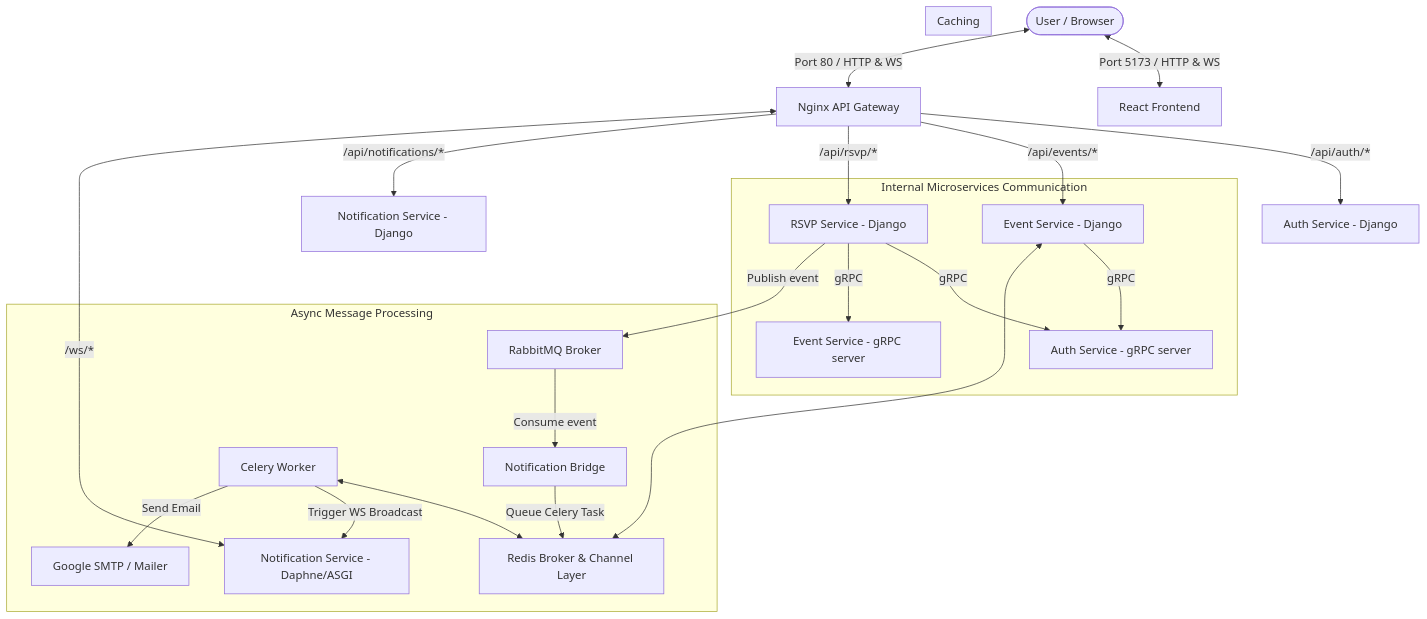
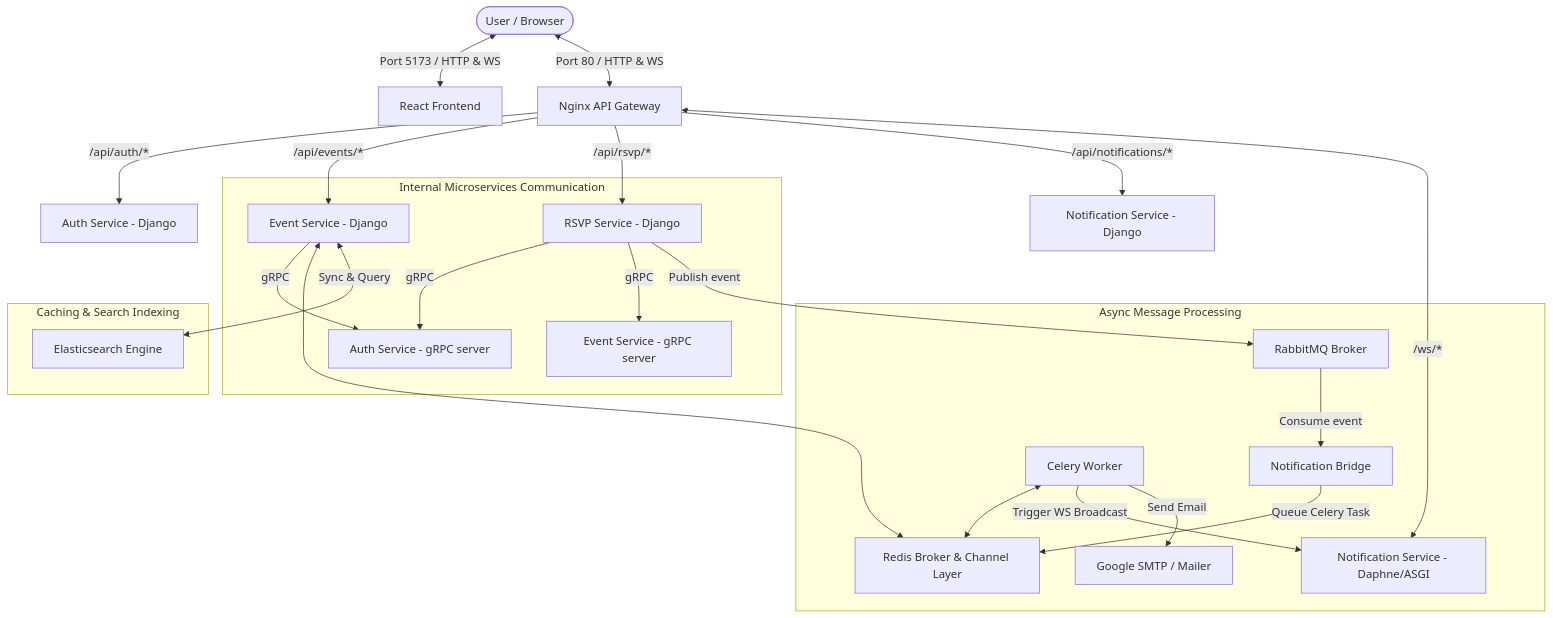
Before and after one commit to shaad4/metup-microservice: the diagram in README.md, drawn with Mermaid. The commit also changed other lines of this file and 1 other file, not shown here.

Commit message:
feat(docker-compose): add Elasticsearch service and update event service configuration for search functionality

````diff
--- a/README.md
+++ b/README.md
@@ -19,30 +19,31 @@
 ```mermaid
 graph TD
     User([User / Browser]) <-->|Port 5173 / HTTP & WS| Frontend[React Frontend]
     User <-->|Port 80 / HTTP & WS| Nginx[Nginx API Gateway]
 
     Nginx -->|/api/auth/*| AuthDjango[Auth Service - Django]
     Nginx -->|/api/events/*| EventDjango[Event Service - Django]
     Nginx -->|/api/rsvp/*| RSVPService[RSVP Service - Django]
     Nginx -->|/api/notifications/*| NotifDjango[Notification Service - Django]
     Nginx <-->|/ws/*| NotifASGI[Notification Service - Daphne/ASGI]
 
     subgraph Internal Microservices Communication
         EventDjango -->|gRPC| AuthGRPC[Auth Service - gRPC server]
         RSVPService -->|gRPC| AuthGRPC
         RSVPService -->|gRPC| EventGRPC[Event Service - gRPC server]
     end
 
     subgraph Async Message Processing
         RSVPService -->|Publish event| RabbitMQ[RabbitMQ Broker]
         RabbitMQ -->|Consume event| NotifBridge[Notification Bridge]
         NotifBridge -->|Queue Celery Task| Redis[Redis Broker & Channel Layer]
         NotifCelery[Celery Worker] <--> Redis
         NotifCelery -->|Trigger WS Broadcast| NotifASGI
         NotifCelery -->|Send Email| Gmail[Google SMTP / Mailer]
     end
 
-    subgraph Caching
+    subgraph Caching & Search Indexing
         EventDjango <--> Redis
+        EventDjango <-->|Sync & Query| ES[Elasticsearch Engine]
     end
 ```
````
